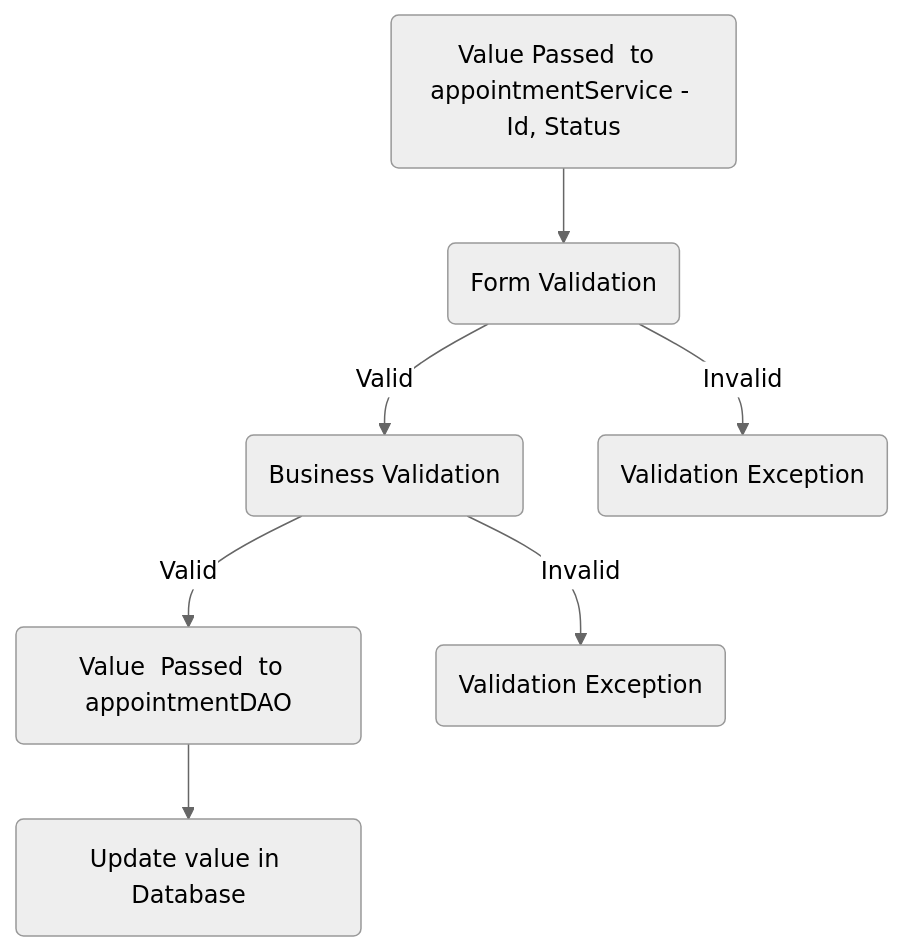
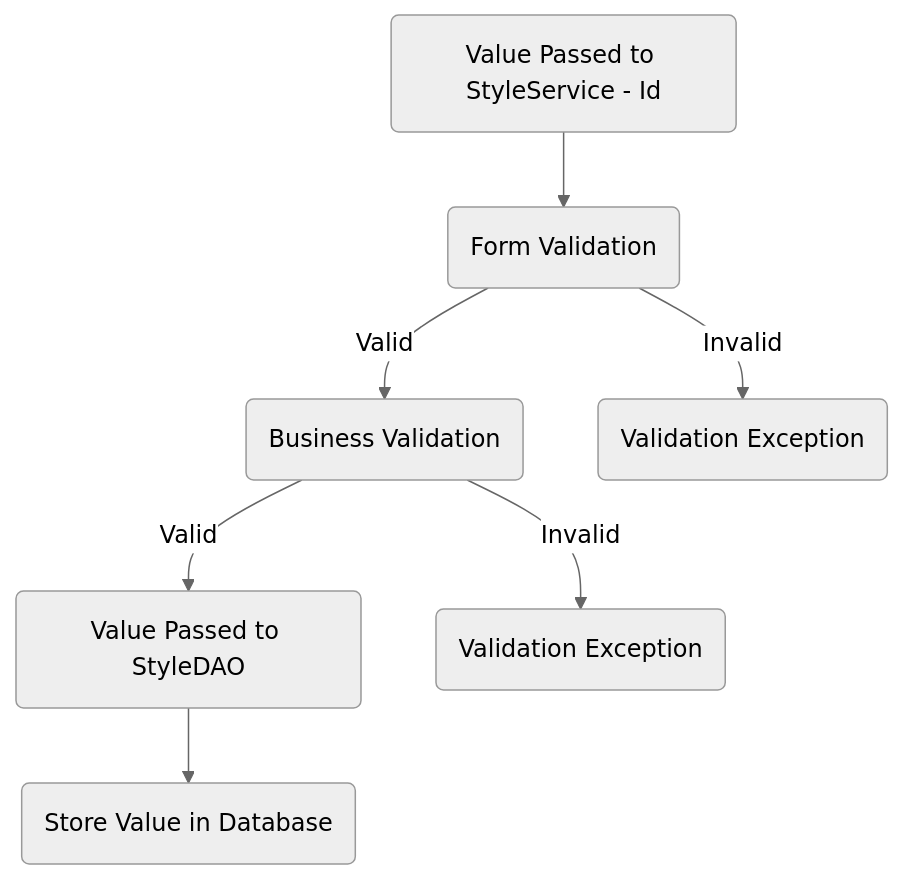
Before and after one commit to fssa-batch3/sec_b_sesslyn.johnson__corejava_project_2: diagram 12 of 13 in README.md, drawn with Mermaid (neutral theme). The commit also changed other lines of this file, not shown here.

````diff
--- a/README.md
+++ b/README.md
@@ -362,8 +466,8 @@
 ```mermaid
 graph TD;
-  A(Value Passed  to  appointmentService - Id, Status) --> B(Form Validation) -- Valid --> C(Business Validation)
+  A(Value Passed to StyleService - Id) --> B(Form Validation) -- Valid --> C(Business Validation)
   B --Invalid --> G(Validation Exception)
-  C -- Valid --> D(Value  Passed  to  appointmentDAO)
-  D --> E(Update value in Database)
+  C-- Valid --> D(Value Passed to StyleDAO)
+  D --> E(Store Value in Database)
   C -- Invalid --> F(Validation Exception)
 ```
````
